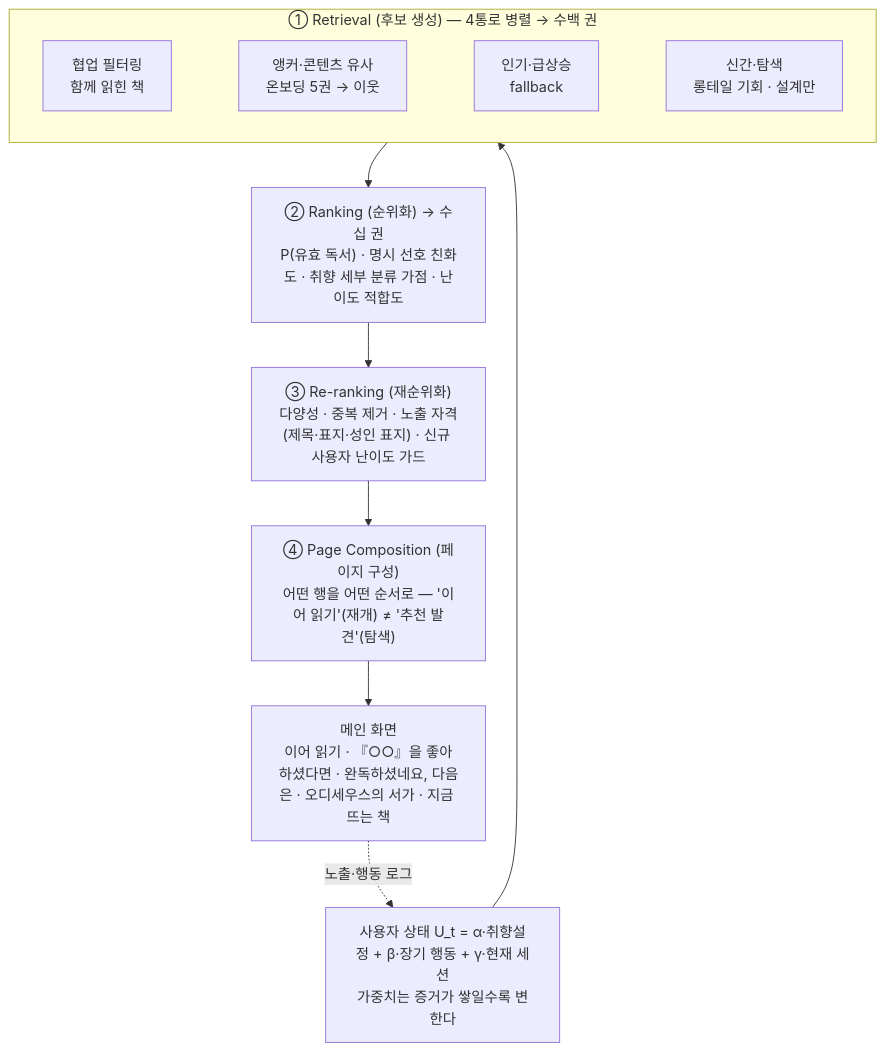
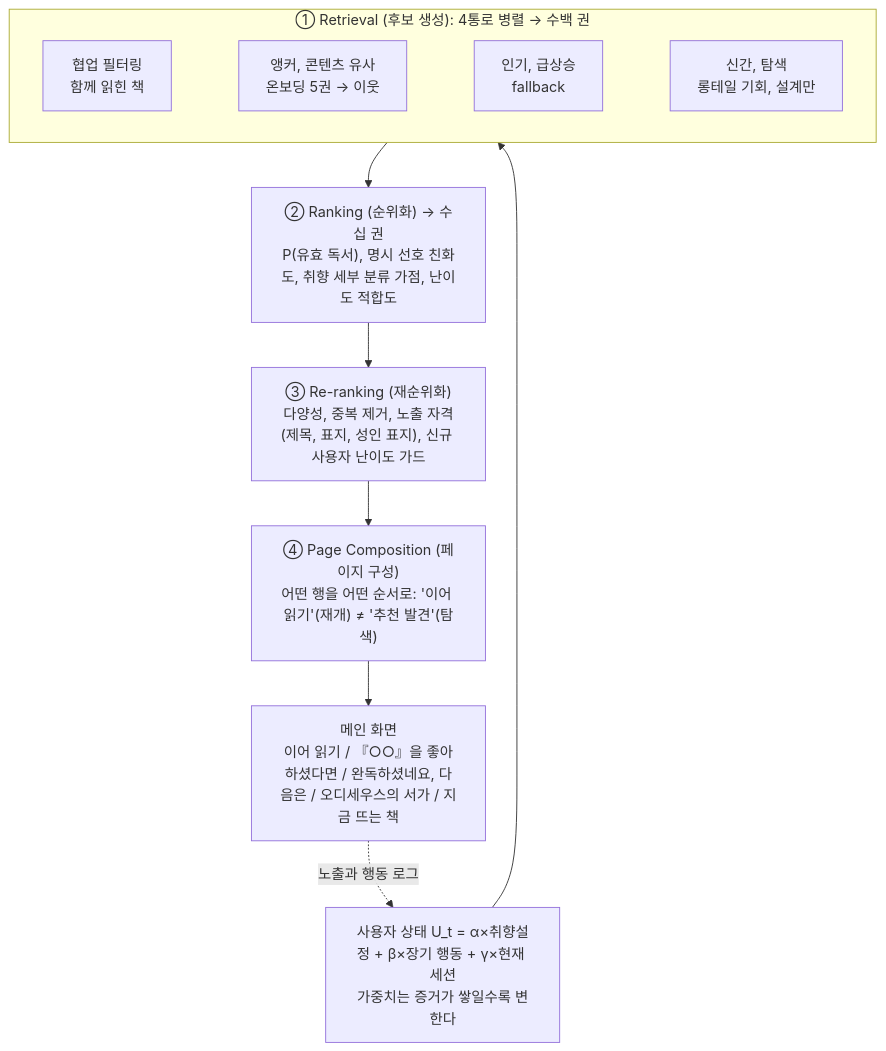
Before and after one commit to ShinWon-Chul/millie-rec: the second of 4 diagrams in report/draft.md, drawn with Mermaid. The commit also changed other lines of this file and 2 other files, not shown here.

Commit message:
docs(report): 원고 특수문자 제거 — em dash 38·middle dot 190을 쉼표·콜론·접속으로 재작성(숫자·표·mermaid 구조·필수 문장 불변, 3장 1,100·4장 1,146), 백업·Notion 가이드 동기화, 사용자 지시 09-06

````diff
--- a/report/draft.md
+++ b/report/draft.md
@@ -68,13 +68,13 @@
 ```mermaid
 flowchart TD
-    U["사용자 상태 U_t = α·취향설정 + β·장기 행동 + γ·현재 세션<br/>가중치는 증거가 쌓일수록 변한다"] --> R
-    subgraph R["① Retrieval (후보 생성) — 4통로 병렬 → 수백 권"]
+    U["사용자 상태 U_t = α×취향설정 + β×장기 행동 + γ×현재 세션<br/>가중치는 증거가 쌓일수록 변한다"] --> R
+    subgraph R["① Retrieval (후보 생성): 4통로 병렬 → 수백 권"]
         direction LR
-        R1["협업 필터링<br/>함께 읽힌 책"] ~~~ R2["앵커·콘텐츠 유사<br/>온보딩 5권 → 이웃"] ~~~ R3["인기·급상승<br/>fallback"] ~~~ R4["신간·탐색<br/>롱테일 기회 · 설계만"]
+        R1["협업 필터링<br/>함께 읽힌 책"] ~~~ R2["앵커, 콘텐츠 유사<br/>온보딩 5권 → 이웃"] ~~~ R3["인기, 급상승<br/>fallback"] ~~~ R4["신간, 탐색<br/>롱테일 기회, 설계만"]
     end
-    R --> K["② Ranking (순위화) → 수십 권<br/>P(유효 독서) · 명시 선호 친화도 · 취향 세부 분류 가점 · 난이도 적합도"]
-    K --> RR["③ Re-ranking (재순위화)<br/>다양성 · 중복 제거 · 노출 자격(제목·표지·성인 표지) · 신규 사용자 난이도 가드"]
-    RR --> P["④ Page Composition (페이지 구성)<br/>어떤 행을 어떤 순서로 — '이어 읽기'(재개) ≠ '추천 발견'(탐색)"]
-    P --> M["메인 화면<br/>이어 읽기 · 『○○』을 좋아하셨다면 · 완독하셨네요, 다음은 · 오디세우스의 서가 · 지금 뜨는 책"]
-    M -.노출·행동 로그.-> U
+    R --> K["② Ranking (순위화) → 수십 권<br/>P(유효 독서), 명시 선호 친화도, 취향 세부 분류 가점, 난이도 적합도"]
+    K --> RR["③ Re-ranking (재순위화)<br/>다양성, 중복 제거, 노출 자격(제목, 표지, 성인 표지), 신규 사용자 난이도 가드"]
+    RR --> P["④ Page Composition (페이지 구성)<br/>어떤 행을 어떤 순서로: '이어 읽기'(재개) ≠ '추천 발견'(탐색)"]
+    P --> M["메인 화면<br/>이어 읽기 / 『○○』을 좋아하셨다면 / 완독하셨네요, 다음은 / 오디세우스의 서가 / 지금 뜨는 책"]
+    M -.노출과 행동 로그.-> U
 ```
````
